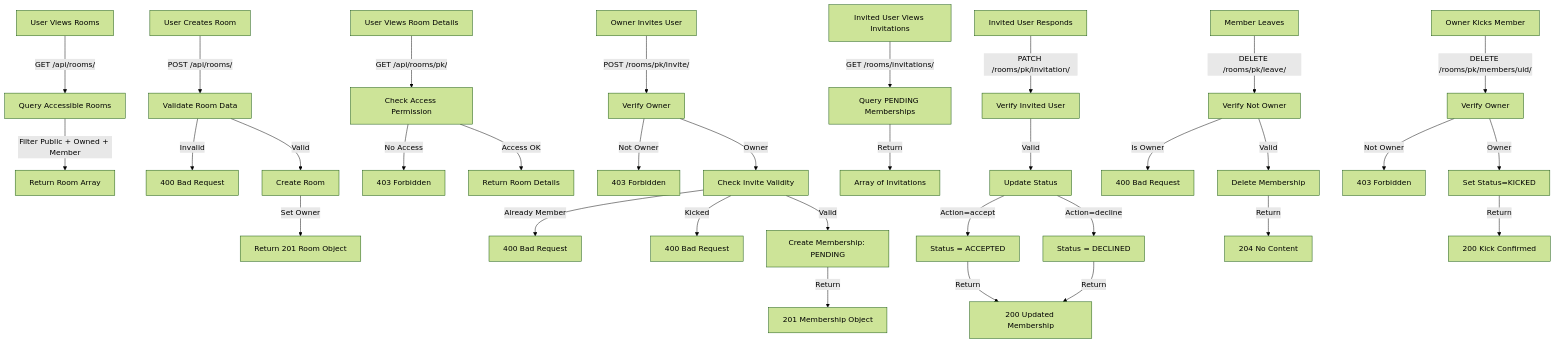
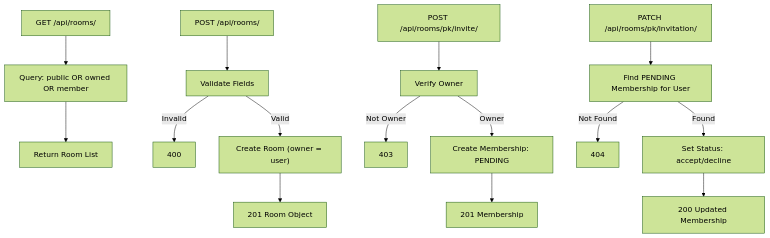
Before and after one commit to RadiantVixen/music-room: the seventh of 13 diagrams in API_SCHEMAS.md, drawn with Mermaid (forest theme). The commit also changed other lines of this file and 65 other files, not shown here.

````diff
--- a/API_SCHEMAS.md
+++ b/API_SCHEMAS.md
@@ -790,42 +580,20 @@
 ```mermaid
 graph TD
-    A["User Views Rooms"] -->|GET /api/rooms/| B["Query Accessible Rooms"]
-    B -->|Filter Public + Owned + Member| C["Return Room Array"]
-    
-    D["User Creates Room"] -->|POST /api/rooms/| E["Validate Room Data"]
-    E -->|Invalid| F["400 Bad Request"]
-    E -->|Valid| G["Create Room"]
-    G -->|Set Owner| H["Return 201 Room Object"]
-    
-    I["User Views Room Details"] -->|GET /api/rooms/pk/| J["Check Access Permission"]
-    J -->|No Access| K["403 Forbidden"]
-    J -->|Access OK| L["Return Room Details"]
-    
-    M["Owner Invites User"] -->|POST /rooms/pk/invite/| N["Verify Owner"]
-    N -->|Not Owner| O["403 Forbidden"]
-    N -->|Owner| P["Check Invite Validity"]
-    P -->|Already Member| Q["400 Bad Request"]
-    P -->|Kicked| R["400 Bad Request"]
-    P -->|Valid| S["Create Membership: PENDING"]
-    S -->|Return| T["201 Membership Object"]
-    
-    U["Invited User Views Invitations"] -->|GET /rooms/invitations/| V["Query PENDING Memberships"]
-    V -->|Return| W["Array of Invitations"]
-    
-    X["Invited User Responds"] -->|PATCH /rooms/pk/invitation/| Y["Verify Invited User"]
-    Y -->|Valid| Z["Update Status"]
-    Z -->|Action=accept| AA["Status = ACCEPTED"]
-    Z -->|Action=decline| AB["Status = DECLINED"]
-    AA -->|Return| AC["200 Updated Membership"]
-    AB -->|Return| AC
-    
-    AD["Member Leaves"] -->|DELETE /rooms/pk/leave/| AE["Verify Not Owner"]
-    AE -->|Is Owner| AF["400 Bad Request"]
-    AE -->|Valid| AG["Delete Membership"]
-    AG -->|Return| AH["204 No Content"]
-    
-    AI["Owner Kicks Member"] -->|DELETE /rooms/pk/members/uid/| AJ["Verify Owner"]
-    AJ -->|Not Owner| AK["403 Forbidden"]
-    AJ -->|Owner| AL["Set Status=KICKED"]
-    AL -->|Return| AM["200 Kick Confirmed"]
+    A["GET /api/rooms/"] --> B["Query: public OR owned OR member"]
+    B --> C["Return Room List"]
+
+    D["POST /api/rooms/"] --> E["Validate Fields"]
+    E -->|Invalid| F["400"]
+    E -->|Valid| G["Create Room (owner = user)"]
+    G --> H["201 Room Object"]
+
+    I["POST /api/rooms/pk/invite/"] --> J["Verify Owner"]
+    J -->|Not Owner| K["403"]
+    J -->|Owner| L["Create Membership: PENDING"]
+    L --> M["201 Membership"]
+
+    N["PATCH /api/rooms/pk/invitation/"] --> O["Find PENDING Membership for User"]
+    O -->|Not Found| P["404"]
+    O -->|Found| Q["Set Status: accept/decline"]
+    Q --> R["200 Updated Membership"]
 ```
````
